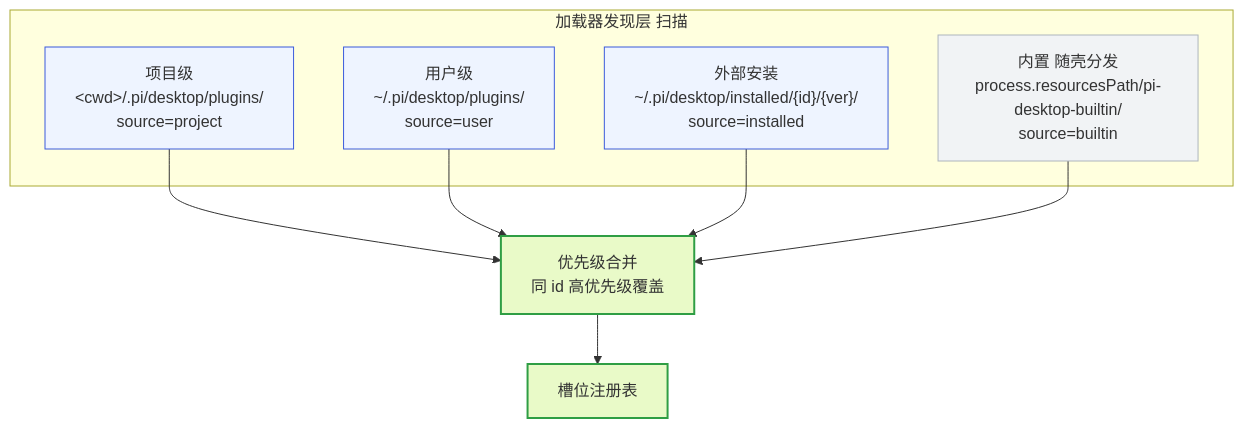
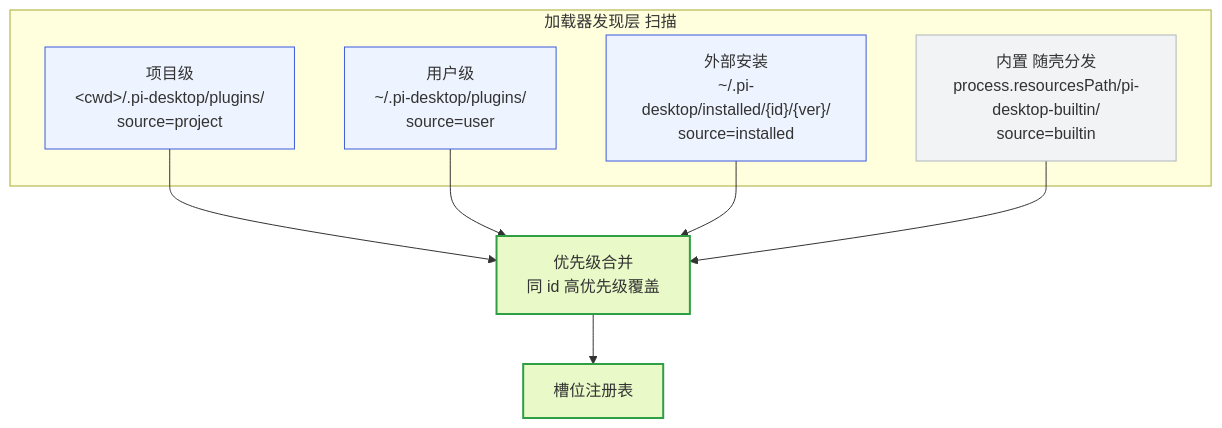
One commit to GOODDAYDAY/my-harness-desktop changed the fourth of 27 diagrams in docs/structure/18-structure-build-deploy.md. Above: the diagram before and after it, drawn with Mermaid. The commit also changed other lines of this file and 21 other files, not shown here.

````diff
--- a/docs/structure/18-structure-build-deploy.md
+++ b/docs/structure/18-structure-build-deploy.md
@@ -456,20 +456,20 @@
 ```mermaid
 flowchart TD
     subgraph FIND["加载器发现层 扫描"]
-        D1["项目级<br/>&lt;cwd&gt;/.pi/desktop/plugins/<br/>source=project"]
-        D2["用户级<br/>~/.pi/desktop/plugins/<br/>source=user"]
-        D3["外部安装<br/>~/.pi/desktop/installed/{id}/{ver}/<br/>source=installed"]
+        D1["项目级<br/>&lt;cwd&gt;/.pi-desktop/plugins/<br/>source=project"]
+        D2["用户级<br/>~/.pi-desktop/plugins/<br/>source=user"]
+        D3["外部安装<br/>~/.pi-desktop/installed/{id}/{ver}/<br/>source=installed"]
         D4["内置 随壳分发<br/>process.resourcesPath/pi-desktop-builtin/<br/>source=builtin"]
     end
     D1 --> MG["优先级合并<br/>同 id 高优先级覆盖"]
     D2 --> MG
     D3 --> MG
     D4 --> MG
     MG --> REG["槽位注册表"]
     classDef find fill:#eef4ff,stroke:#3b5bdb;
     classDef builtin fill:#f1f3f5,stroke:#adb5bd;
     classDef res fill:#e9fac8,stroke:#2f9e44,stroke-width:2px;
     class D1,D2,D3 find;
     class D4 builtin;
     class MG,REG res;
 ```
````
